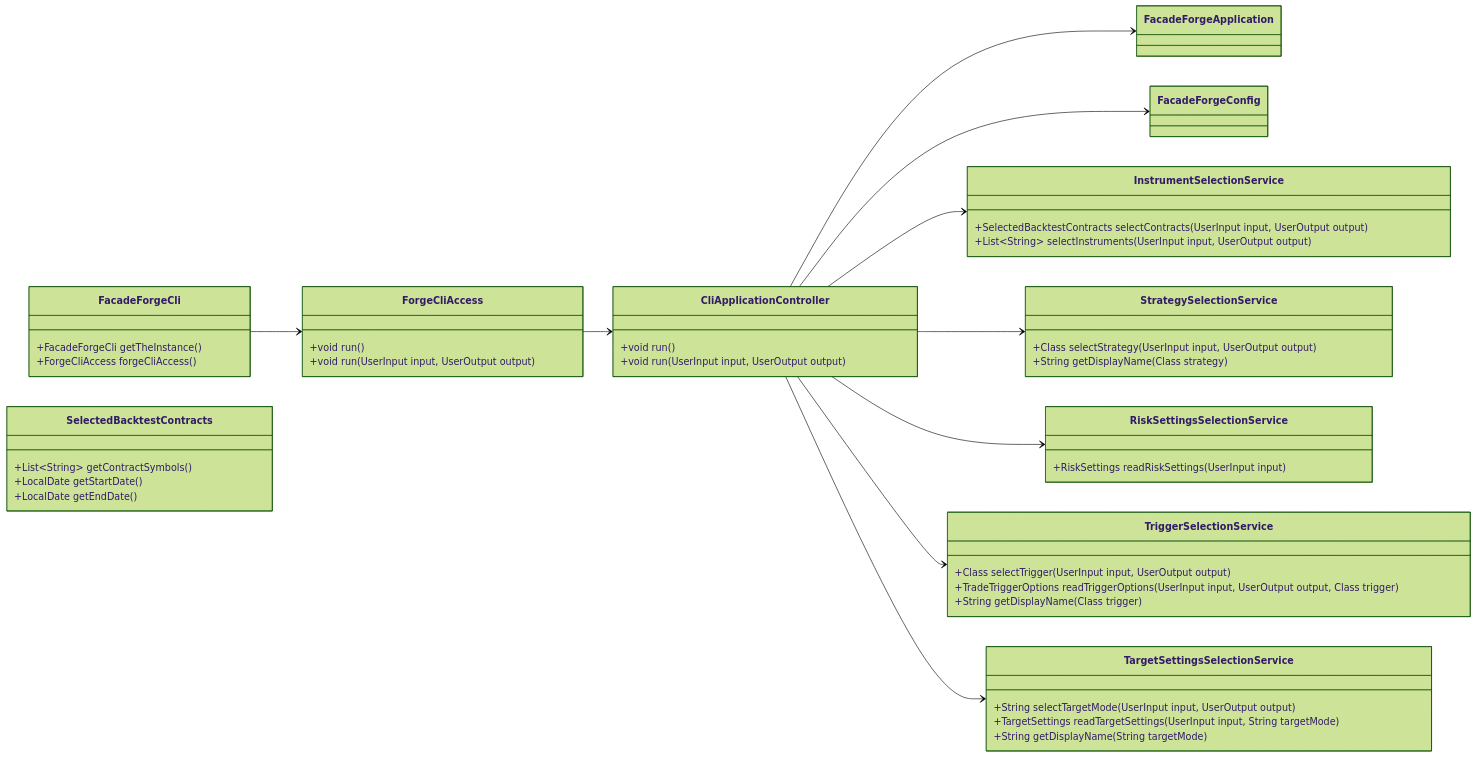
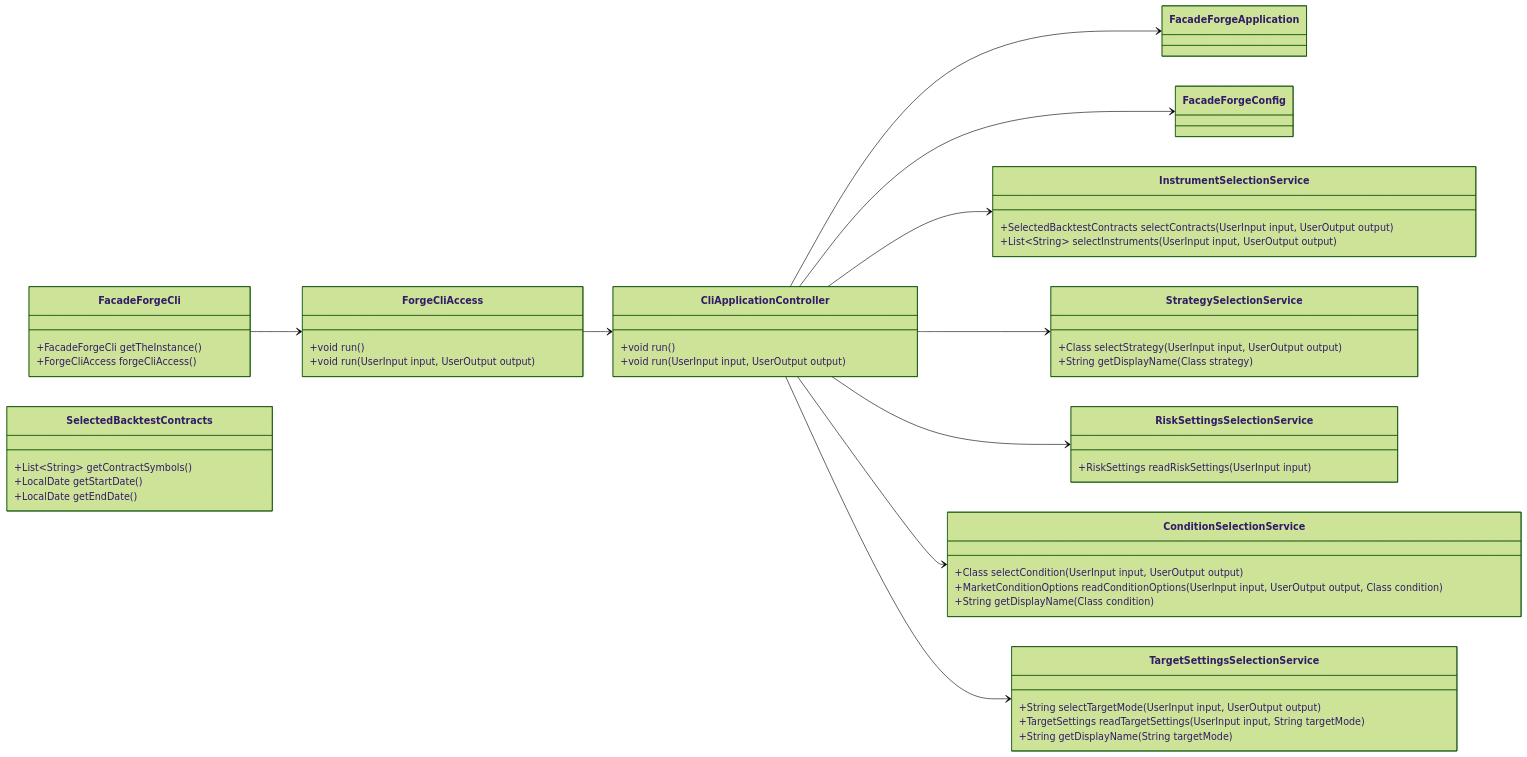
The fourth of 22 diagrams in class-model.md (probst-paul/FORGE), drawn with Mermaid (forest theme) before and after one commit. The commit also changed other lines of this file and 125 other files, not shown here.

First line of the commit message:
Introduce MarketCondition and refactor triggers

````diff
--- a/class-model.md
+++ b/class-model.md
@@ -264,61 +264,61 @@
 ```mermaid
 classDiagram
     direction LR
 
     class FacadeForgeCli {
         +FacadeForgeCli getTheInstance()
         +ForgeCliAccess forgeCliAccess()
     }
 
     class ForgeCliAccess {
         +void run()
         +void run(UserInput input, UserOutput output)
     }
 
     class CliApplicationController {
         +void run()
         +void run(UserInput input, UserOutput output)
     }
 
     class InstrumentSelectionService {
         +SelectedBacktestContracts selectContracts(UserInput input, UserOutput output)
         +List~String~ selectInstruments(UserInput input, UserOutput output)
     }
 
     class SelectedBacktestContracts {
         +List~String~ getContractSymbols()
         +LocalDate getStartDate()
         +LocalDate getEndDate()
     }
 
     class StrategySelectionService {
         +Class selectStrategy(UserInput input, UserOutput output)
         +String getDisplayName(Class strategy)
     }
 
     class RiskSettingsSelectionService {
         +RiskSettings readRiskSettings(UserInput input)
     }
 
-    class TriggerSelectionService {
-        +Class selectTrigger(UserInput input, UserOutput output)
-        +TradeTriggerOptions readTriggerOptions(UserInput input, UserOutput output, Class trigger)
-        +String getDisplayName(Class trigger)
+    class ConditionSelectionService {
+        +Class selectCondition(UserInput input, UserOutput output)
+        +MarketConditionOptions readConditionOptions(UserInput input, UserOutput output, Class condition)
+        +String getDisplayName(Class condition)
     }
 
     class TargetSettingsSelectionService {
         +String selectTargetMode(UserInput input, UserOutput output)
         +TargetSettings readTargetSettings(UserInput input, String targetMode)
         +String getDisplayName(String targetMode)
     }
 
     FacadeForgeCli --> ForgeCliAccess
     ForgeCliAccess --> CliApplicationController
     CliApplicationController --> FacadeForgeApplication
     CliApplicationController --> FacadeForgeConfig
     CliApplicationController --> InstrumentSelectionService
     CliApplicationController --> StrategySelectionService
     CliApplicationController --> RiskSettingsSelectionService
-    CliApplicationController --> TriggerSelectionService
+    CliApplicationController --> ConditionSelectionService
     CliApplicationController --> TargetSettingsSelectionService
 ```
````
